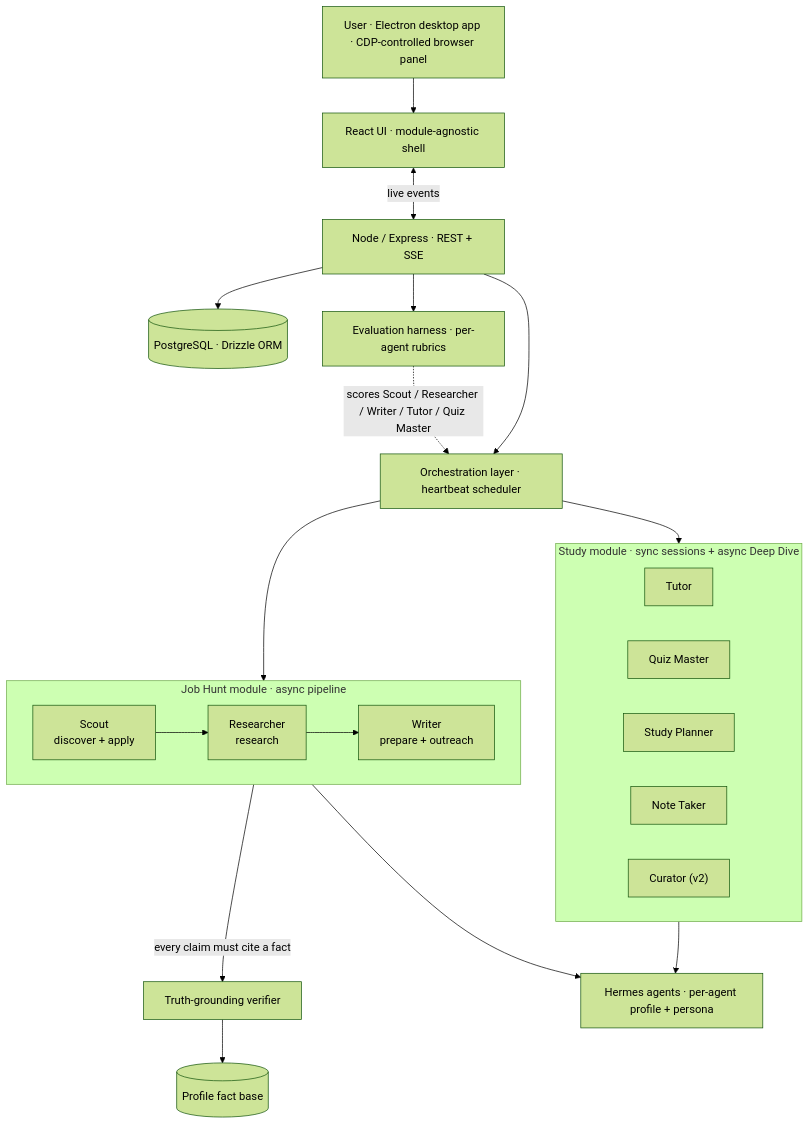
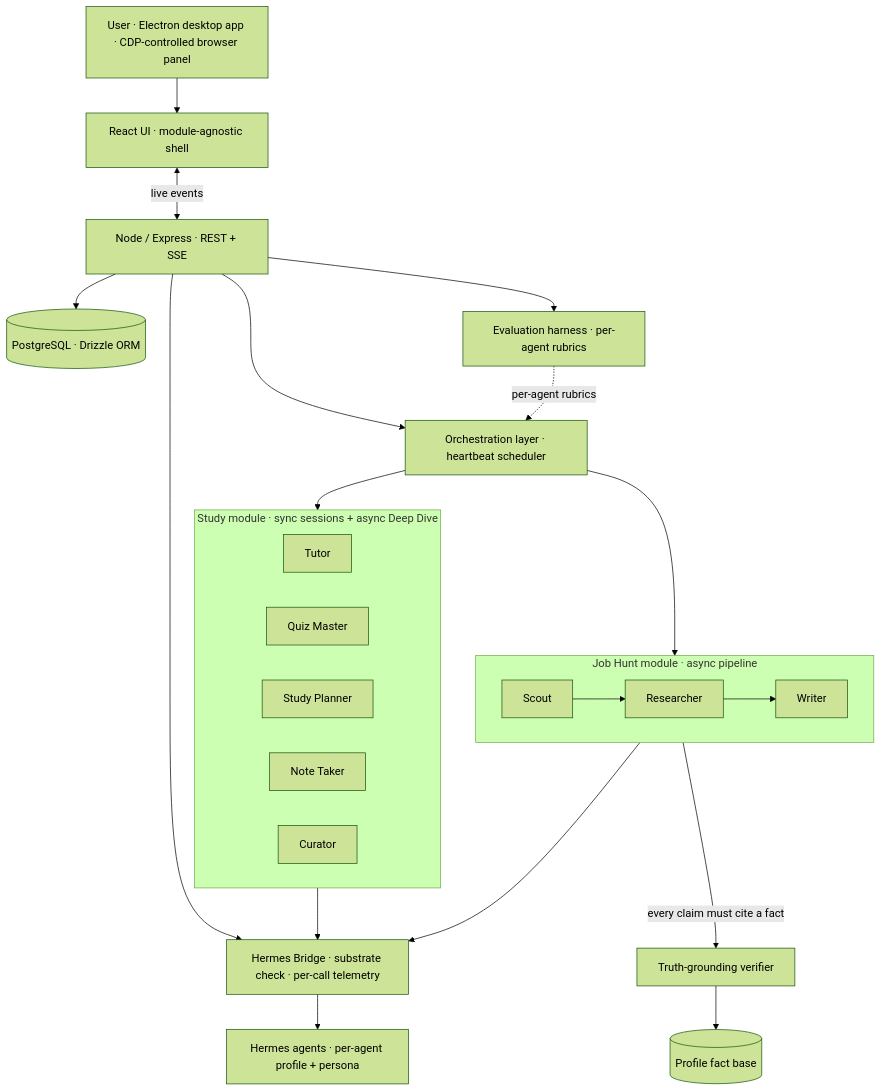
One commit to christinthomasdev/fluid-portfolio changed the diagram in README.md. Above: the diagram before and after it, drawn with Mermaid (forest theme). The commit also changed other lines of this file and 4 other files, not shown here.

````diff
--- a/README.md
+++ b/README.md
@@ -23,41 +23,44 @@
 ```mermaid
 flowchart TB
     User["User · Electron desktop app · CDP-controlled browser panel"]
     UI["React UI · module-agnostic shell"]
     Server["Node / Express · REST + SSE"]
     DB[("PostgreSQL · Drizzle ORM")]
     Orchestrator["Orchestration layer · heartbeat scheduler"]
+    Bridge["Hermes Bridge · substrate check · per-call telemetry"]
     Verifier["Truth-grounding verifier"]
     Facts[("Profile fact base")]
     Evals["Evaluation harness · per-agent rubrics"]
     LLM["Hermes agents · per-agent profile + persona"]
 
     User --> UI
     UI <-->|"live events"| Server
     Server --> DB
     Server --> Orchestrator
     Server --> Evals
+    Server --> Bridge
     Orchestrator --> JobHunt
     Orchestrator --> Study
+    Bridge --> LLM
 
     subgraph JobHunt ["Job Hunt module · async pipeline"]
         direction LR
-        Scout["Scout<br/>discover + apply"] --> Researcher["Researcher<br/>research"]
-        Researcher --> Writer["Writer<br/>prepare + outreach"]
+        Scout["Scout"] --> Researcher["Researcher"]
+        Researcher --> Writer["Writer"]
     end
 
     subgraph Study ["Study module · sync sessions + async Deep Dive"]
         direction LR
         Tutor["Tutor"]
         Quiz["Quiz Master"]
         Planner["Study Planner"]
         Notes["Note Taker"]
-        Curator["Curator (v2)"]
+        Curator["Curator"]
     end
 
-    JobHunt --> LLM
-    Study --> LLM
+    JobHunt --> Bridge
+    Study --> Bridge
     Writer -->|"every claim must cite a fact"| Verifier
     Verifier --> Facts
-    Evals -.->|"scores Scout / Researcher / Writer / Tutor / Quiz Master"| Orchestrator
+    Evals -.->|"per-agent rubrics"| Orchestrator
 ```
````
